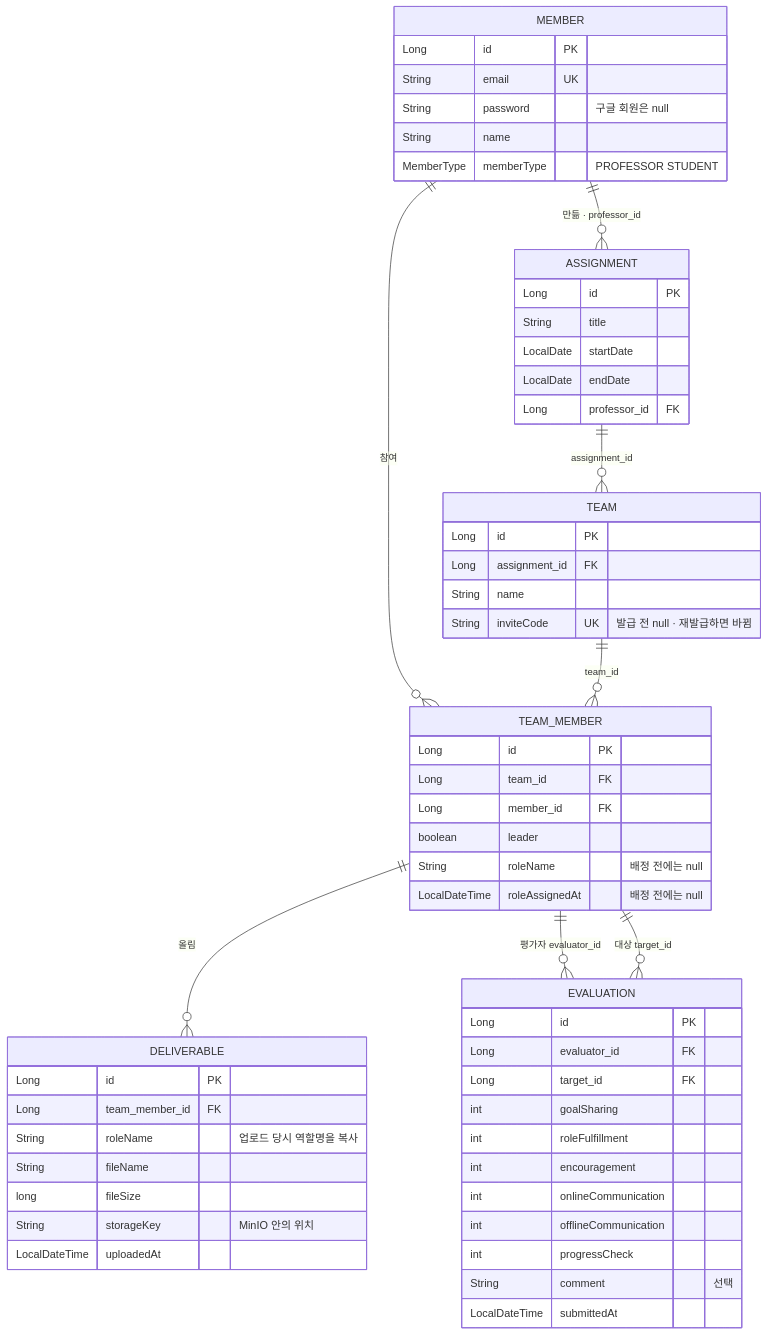
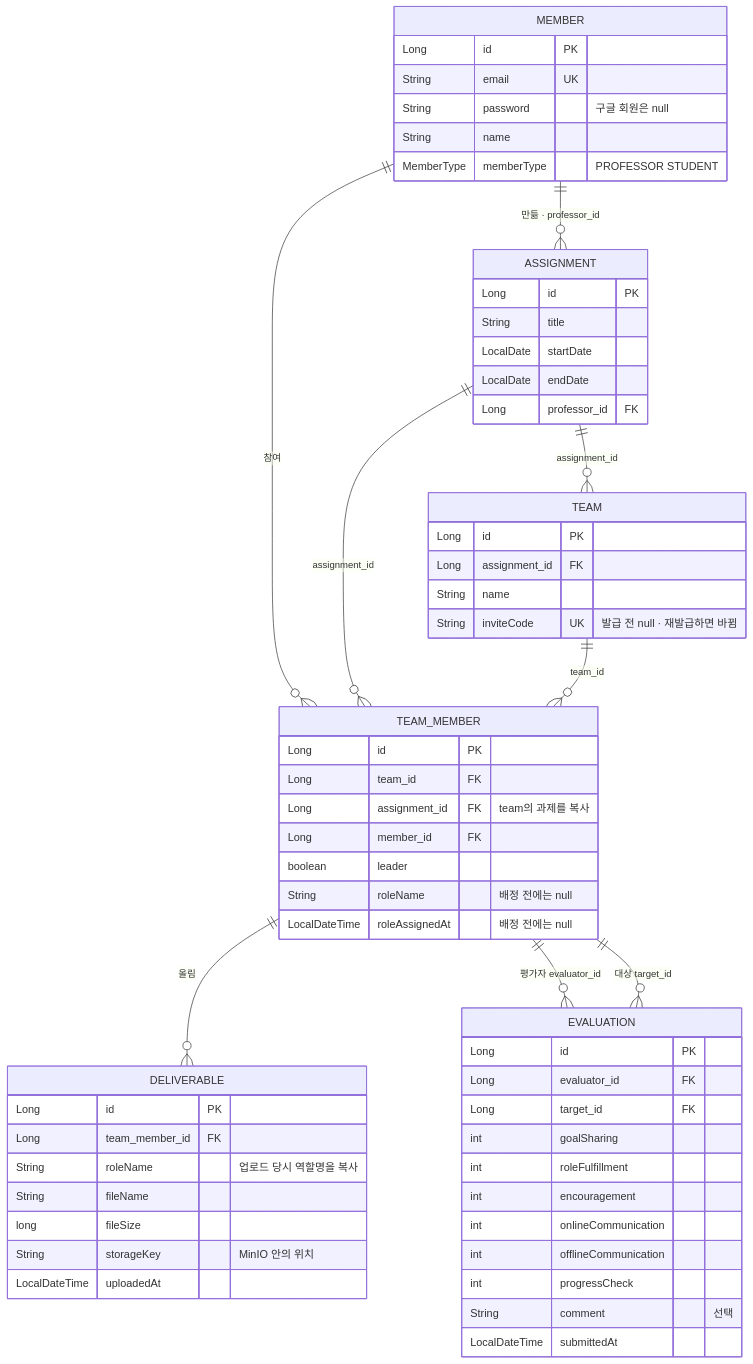
The sixth of 6 diagrams in docs/architecture.md (Pyrite9/footprint-demo), drawn with Mermaid before and after one commit. The commit also changed other lines of this file and 5 other files, not shown here.

Commit message:
fix: enforce one team per assignment with a database constraint

````diff
--- a/docs/architecture.md
+++ b/docs/architecture.md
@@ -200,61 +200,63 @@
 ```mermaid
 erDiagram
     MEMBER ||--o{ ASSIGNMENT : "만듦 · professor_id"
     MEMBER ||--o{ TEAM_MEMBER : "참여"
     ASSIGNMENT ||--o{ TEAM : "assignment_id"
+    ASSIGNMENT ||--o{ TEAM_MEMBER : "assignment_id"
     TEAM ||--o{ TEAM_MEMBER : "team_id"
     TEAM_MEMBER ||--o{ DELIVERABLE : "올림"
     TEAM_MEMBER ||--o{ EVALUATION : "평가자 evaluator_id"
     TEAM_MEMBER ||--o{ EVALUATION : "대상 target_id"
 
     MEMBER {
         Long id PK
         String email UK
         String password "구글 회원은 null"
         String name
         MemberType memberType "PROFESSOR STUDENT"
     }
     ASSIGNMENT {
         Long id PK
         String title
         LocalDate startDate
         LocalDate endDate
         Long professor_id FK
     }
     TEAM {
         Long id PK
         Long assignment_id FK
         String name
         String inviteCode UK "발급 전 null · 재발급하면 바뀜"
     }
     TEAM_MEMBER {
         Long id PK
         Long team_id FK
+        Long assignment_id FK "team의 과제를 복사"
         Long member_id FK
         boolean leader
         String roleName "배정 전에는 null"
         LocalDateTime roleAssignedAt "배정 전에는 null"
     }
     DELIVERABLE {
         Long id PK
         Long team_member_id FK
         String roleName "업로드 당시 역할명을 복사"
         String fileName
         long fileSize
         String storageKey "MinIO 안의 위치"
         LocalDateTime uploadedAt
     }
     EVALUATION {
         Long id PK
         Long evaluator_id FK
         Long target_id FK
         int goalSharing
         int roleFulfillment
         int encouragement
         int onlineCommunication
         int offlineCommunication
         int progressCheck
         String comment "선택"
         LocalDateTime submittedAt
     }
 ```
````
